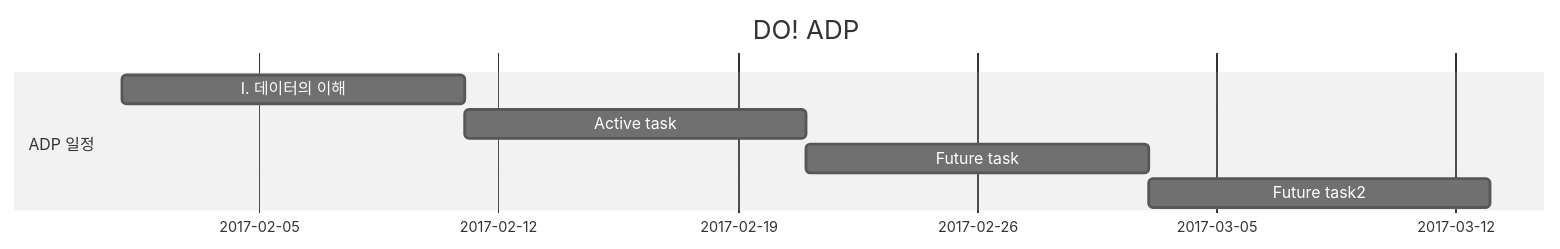
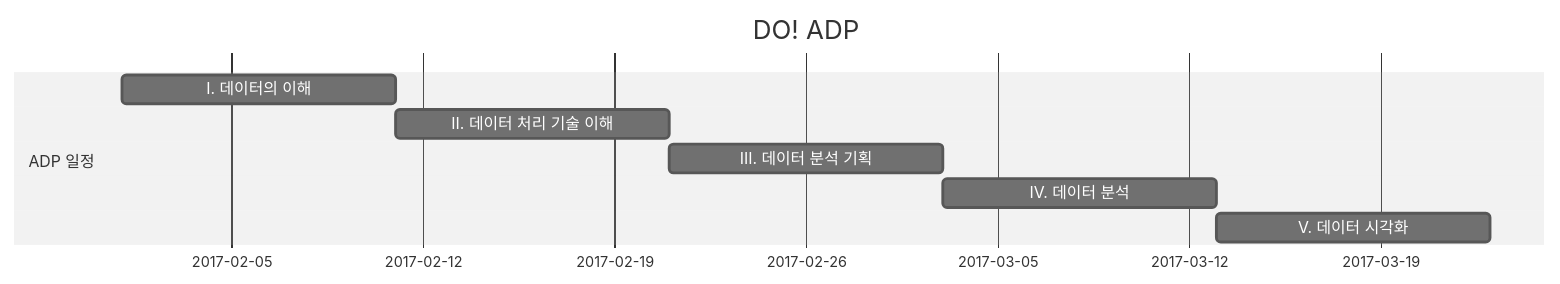
One commit to jacegem/Today-I-Learned changed the diagram in doc/adp.md. Above: the diagram before and after it, drawn with Mermaid (neutral theme).

Commit message:
Updates doc/adp.md
Auto commit by GitBook Editor

```diff
--- a/doc/adp.md
+++ b/doc/adp.md
@@ -3,10 +3,11 @@
 {% mermaid %}
 gantt
         dateFormat  YYYY-MM-DD
         title DO! ADP
         section ADP 일정
         Ⅰ. 데이터의 이해         : Active, 2017-02-01, 10d
-        Active task              :  10d
-        Future task              :  10d
-        Future task2             :  10d
+        Ⅱ. 데이터 처리 기술 이해              :  10d
+        Ⅲ. 데이터 분석 기획              :  10d
+        Ⅳ. 데이터 분석             :  10d
+        Ⅴ. 데이터 시각화 : 10d
 {% endmermaid %}
```
